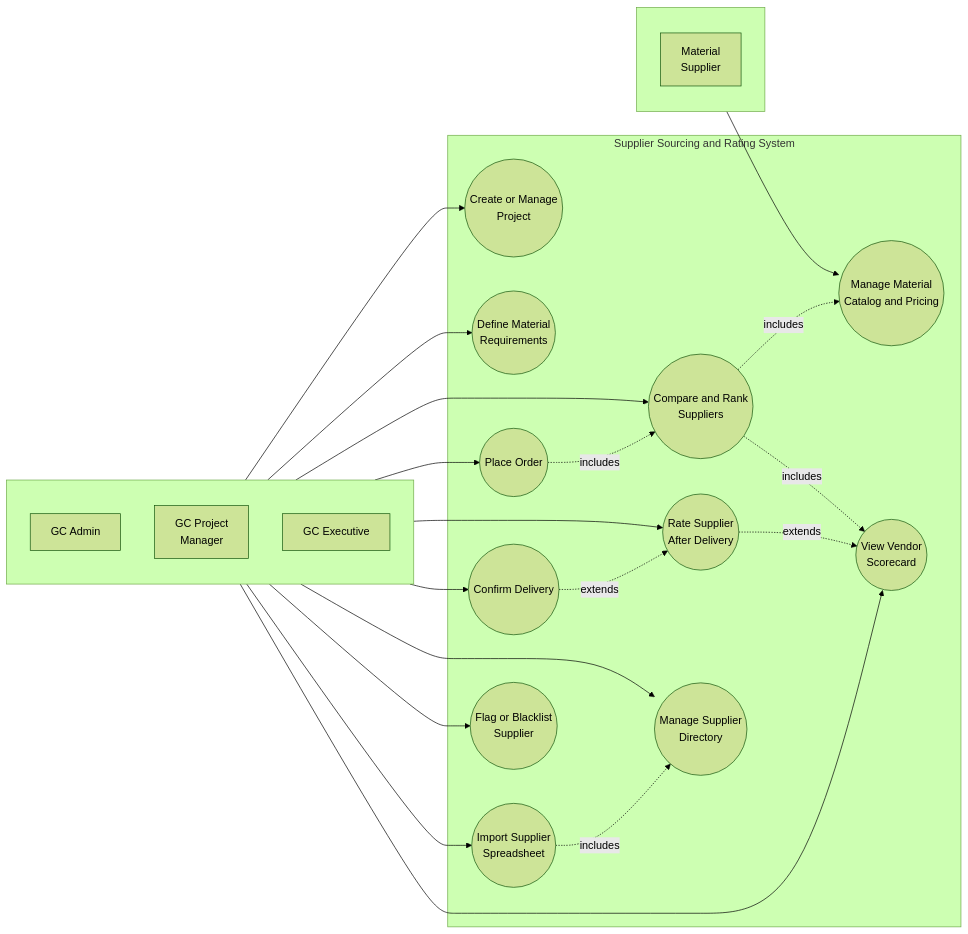
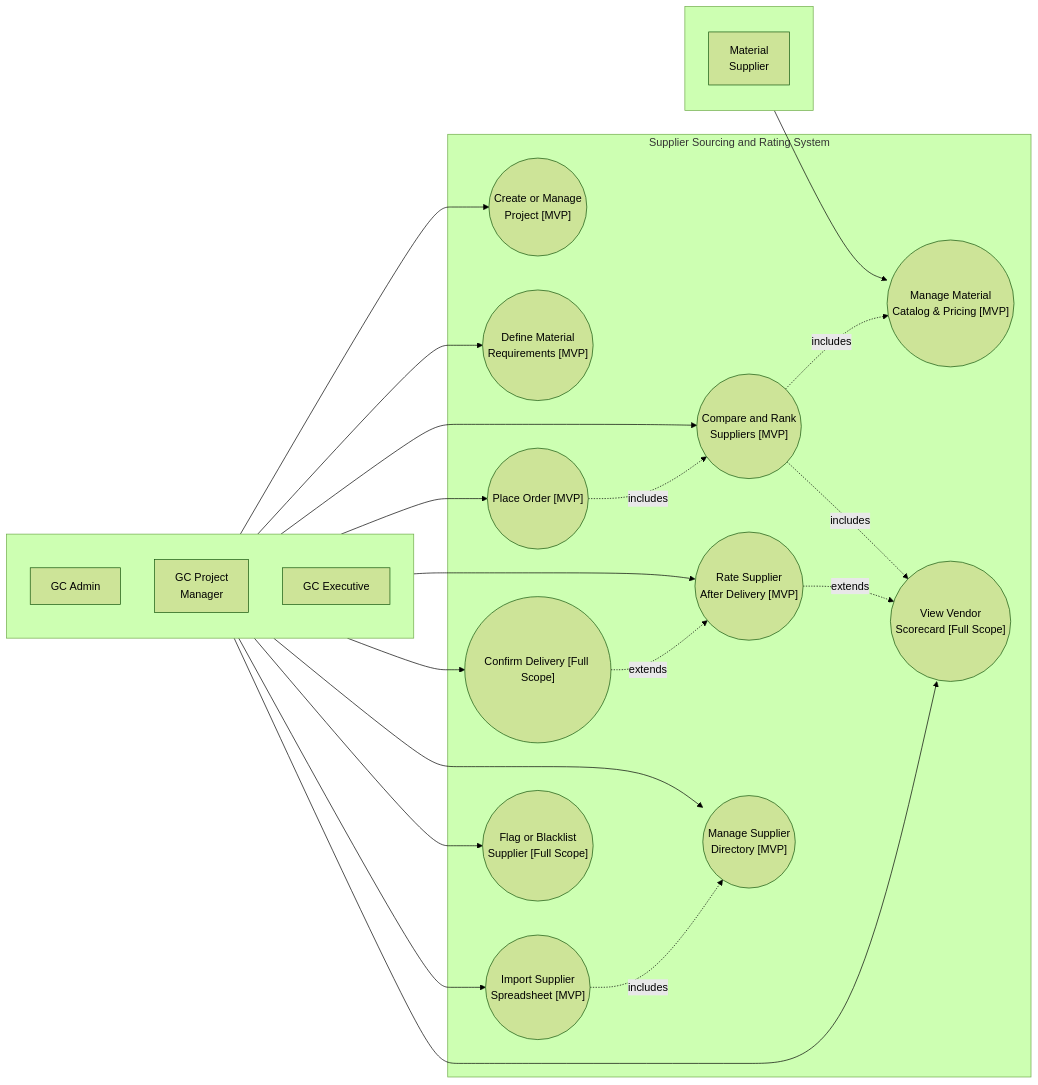
Before and after one commit to den-dimas/contract: the second of 2 diagrams in README.md, drawn with Mermaid (forest theme). The commit also changed other lines of this file, not shown here.

First line of the commit message:
Create README with project details and architecture

````diff
--- a/README.md
+++ b/README.md
@@ -62,47 +55,47 @@
 ```mermaid
 graph LR
     subgraph ActorsGC[" "]
         direction TB
         GCAdmin["GC Admin"]
         GCPM["GC Project<br/>Manager"]
         GCExec["GC Executive"]
     end
 
     subgraph SYS["Supplier Sourcing and Rating System"]
-        UC3(("Create or Manage<br/>Project"))
-        UC4(("Define Material<br/>Requirements"))
-        UC5(("Compare and Rank<br/>Suppliers"))
-        UC9(("Place Order"))
-        UC6(("Rate Supplier<br/>After Delivery"))
-        UC10(("Confirm Delivery"))
-        UC1(("Manage Supplier<br/>Directory"))
-        UC2(("Manage Material<br/>Catalog and Pricing"))
-        UC7(("View Vendor<br/>Scorecard"))
-        UC8(("Flag or Blacklist<br/>Supplier"))
-        UC11(("Import Supplier<br/>Spreadsheet"))
+        UC3(("Create or Manage<br/>Project [MVP]"))
+        UC4(("Define Material<br/>Requirements [MVP]"))
+        UC5(("Compare and Rank<br/>Suppliers [MVP]"))
+        UC9(("Place Order [MVP]"))
+        UC6(("Rate Supplier<br/>After Delivery [MVP]"))
+        UC10(("Confirm Delivery [Full Scope]"))
+        UC1(("Manage Supplier<br/>Directory [MVP]"))
+        UC2(("Manage Material<br/>Catalog & Pricing [MVP]"))
+        UC7(("View Vendor<br/>Scorecard [Full Scope]"))
+        UC8(("Flag or Blacklist<br/>Supplier [Full Scope]"))
+        UC11(("Import Supplier<br/>Spreadsheet [MVP]"))
     end
 
     subgraph ActorsMS[" "]
         direction TB
         MS["Material<br/>Supplier"]
     end
 
     GCPM --> UC3
     GCPM --> UC4
     GCPM --> UC5
     GCPM --> UC9
     GCPM --> UC6
     GCPM --> UC10
     GCAdmin --> UC1
     GCAdmin --> UC8
     GCAdmin --> UC11
     GCExec --> UC7
     MS --> UC2
 
     UC5 -. includes .-> UC2
     UC5 -. includes .-> UC7
     UC6 -. extends .-> UC7
     UC9 -. includes .-> UC5
     UC10 -. extends .-> UC6
     UC11 -. includes .-> UC1
 ```
````
